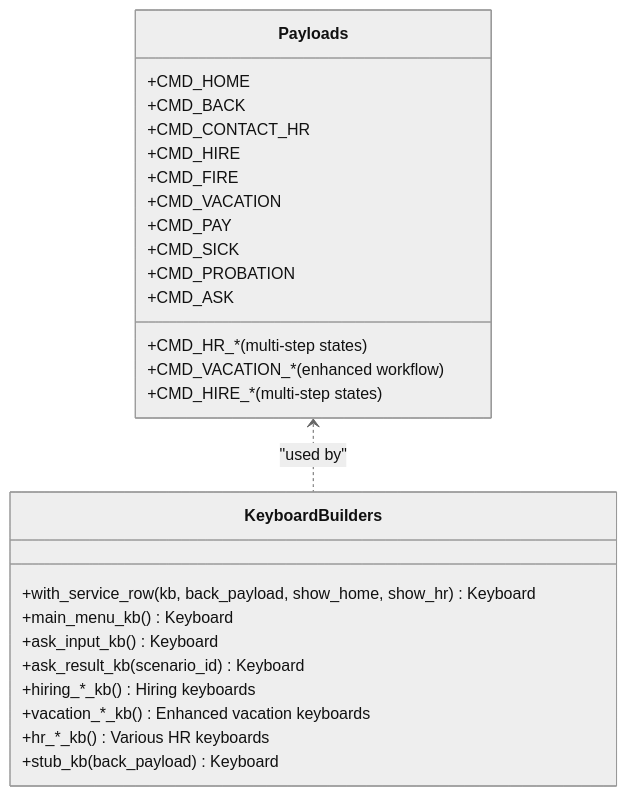
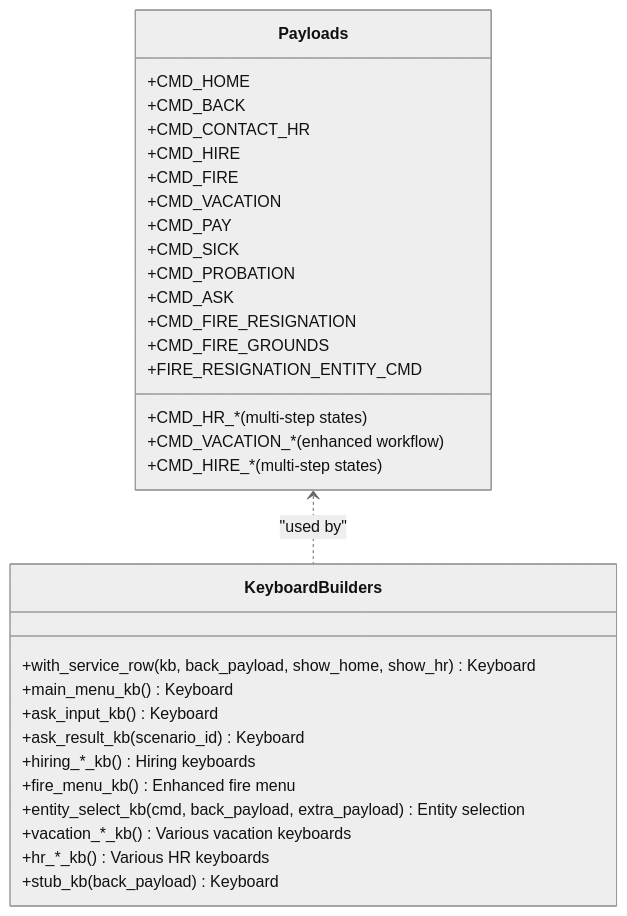
Before and after one commit to ognelis/cafetera_hr_bot: diagram 15 of 20 in .qoder/repowiki/en/content/VK Integration/VK Integration.md, drawn with Mermaid (neutral theme). The commit also changed other lines of this file and 14 other files, not shown here.

````diff
--- a/.qoder/repowiki/en/content/VK Integration/VK Integration.md
+++ b/.qoder/repowiki/en/content/VK Integration/VK Integration.md
@@ -845,29 +831,34 @@
 ```mermaid
 classDiagram
 class Payloads {
 +CMD_HOME
 +CMD_BACK
 +CMD_CONTACT_HR
 +CMD_HIRE
 +CMD_FIRE
 +CMD_VACATION
 +CMD_PAY
 +CMD_SICK
 +CMD_PROBATION
 +CMD_ASK
++CMD_FIRE_RESIGNATION
++CMD_FIRE_GROUNDS
 +CMD_HR_* (multi-step states)
 +CMD_VACATION_* (enhanced workflow)
 +CMD_HIRE_* (multi-step states)
++FIRE_RESIGNATION_ENTITY_CMD
 }
 class KeyboardBuilders {
 +with_service_row(kb, back_payload, show_home, show_hr) Keyboard
 +main_menu_kb() Keyboard
 +ask_input_kb() Keyboard
 +ask_result_kb(scenario_id) Keyboard
 +hiring_*_kb() Hiring keyboards
-+vacation_*_kb() Enhanced vacation keyboards
++fire_menu_kb() Enhanced fire menu
++entity_select_kb(cmd, back_payload, extra_payload) Entity selection
++vacation_*_kb() Various vacation keyboards
 +hr_*_kb() Various HR keyboards
 +stub_kb(back_payload) Keyboard
 }
 Payloads <.. KeyboardBuilders : "used by"
 ```
````
